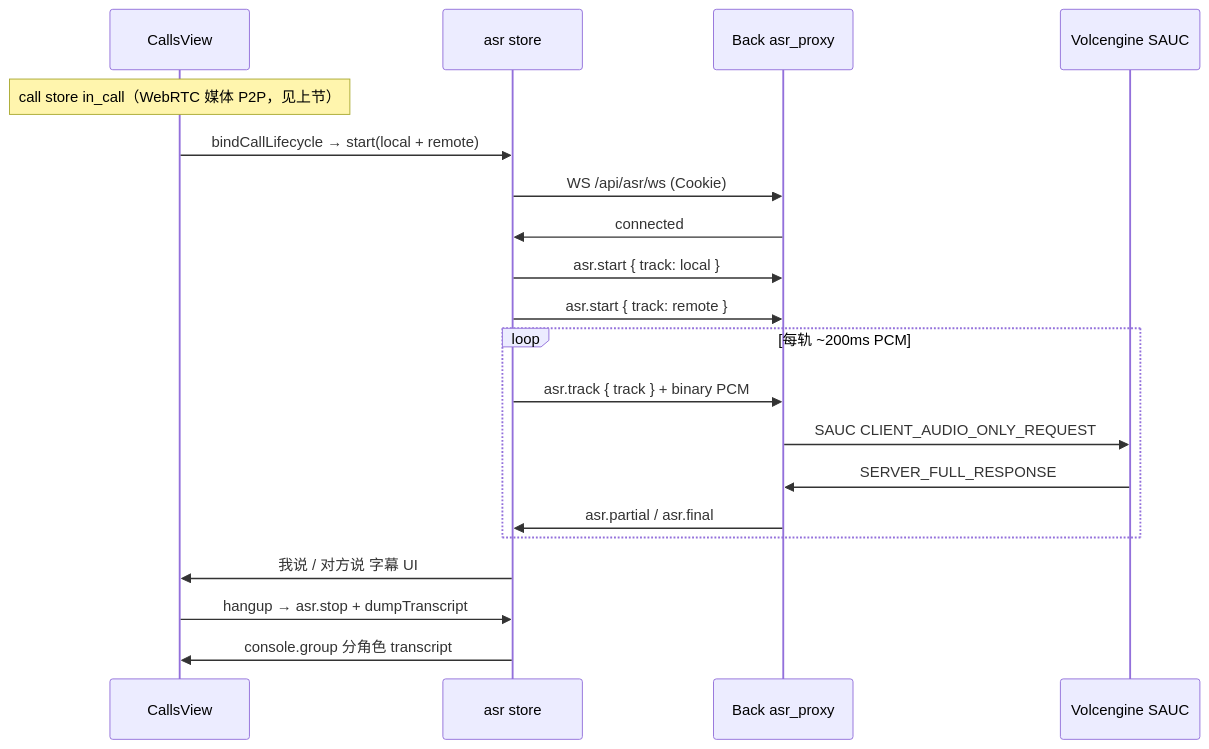
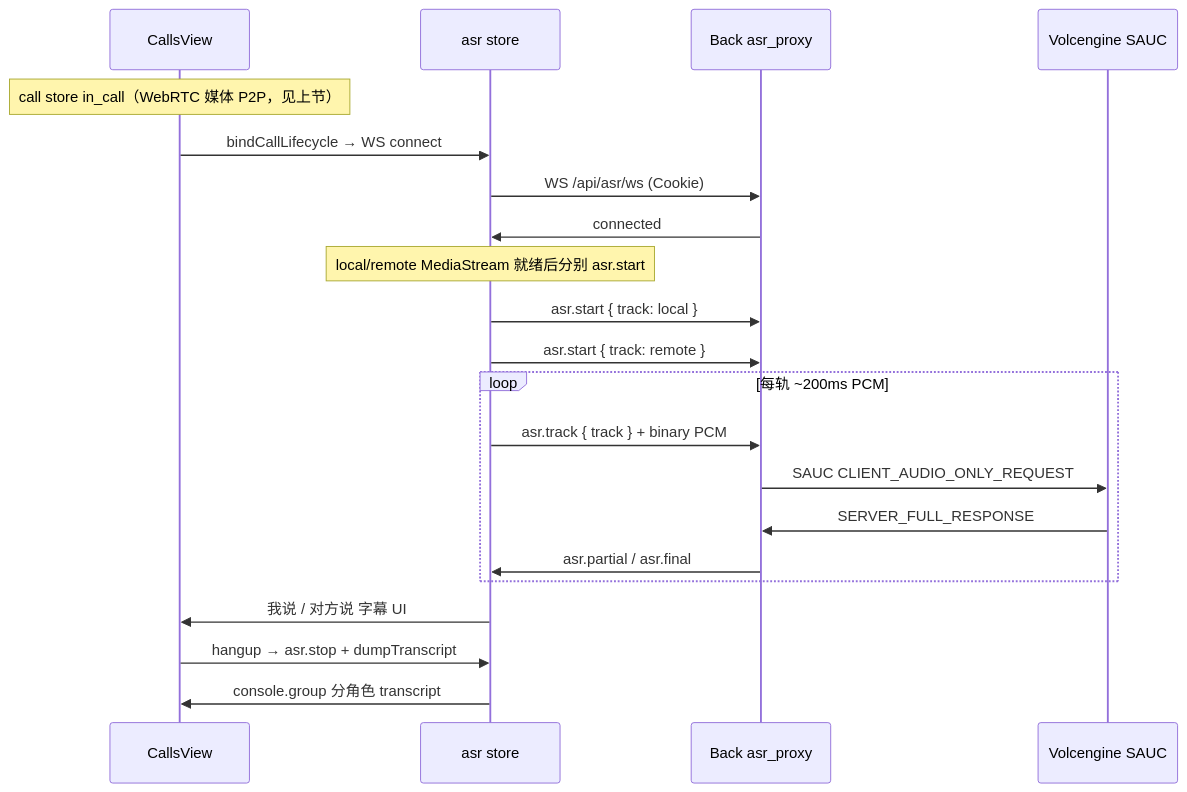
One commit to lrxCn/commonAgent changed the second of 4 diagrams in docs/maps/demo-platform.md. Above: the diagram before and after it, drawn with Mermaid. The commit also changed other lines of this file and 5 other files, not shown here.

````diff
--- a/docs/maps/demo-platform.md
+++ b/docs/maps/demo-platform.md
@@ -82,23 +82,24 @@
 ```mermaid
 sequenceDiagram
   participant CV as CallsView
   participant AS as asr store
   participant B as Back asr_proxy
   participant V as Volcengine SAUC
 
   Note over CV: call store in_call（WebRTC 媒体 P2P，见上节）
-  CV->>AS: bindCallLifecycle → start(local + remote)
+  CV->>AS: bindCallLifecycle → WS connect
   AS->>B: WS /api/asr/ws (Cookie)
   B->>AS: connected
+  Note over AS: local/remote MediaStream 就绪后分别 asr.start
   AS->>B: asr.start { track: local }
   AS->>B: asr.start { track: remote }
   loop 每轨 ~200ms PCM
     AS->>B: asr.track { track } + binary PCM
     B->>V: SAUC CLIENT_AUDIO_ONLY_REQUEST
     V->>B: SERVER_FULL_RESPONSE
     B->>AS: asr.partial / asr.final
   end
   AS->>CV: 我说 / 对方说 字幕 UI
   CV->>AS: hangup → asr.stop + dumpTranscript
   AS->>CV: console.group 分角色 transcript
 ```
````
